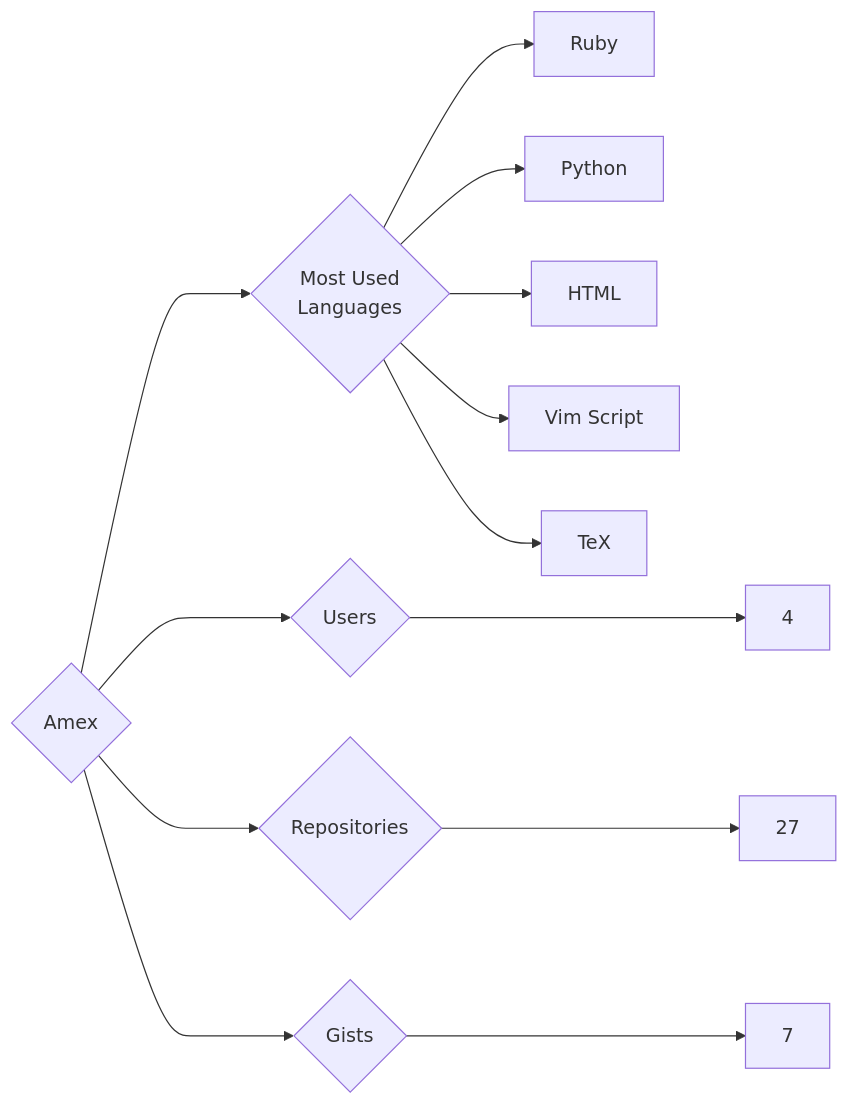
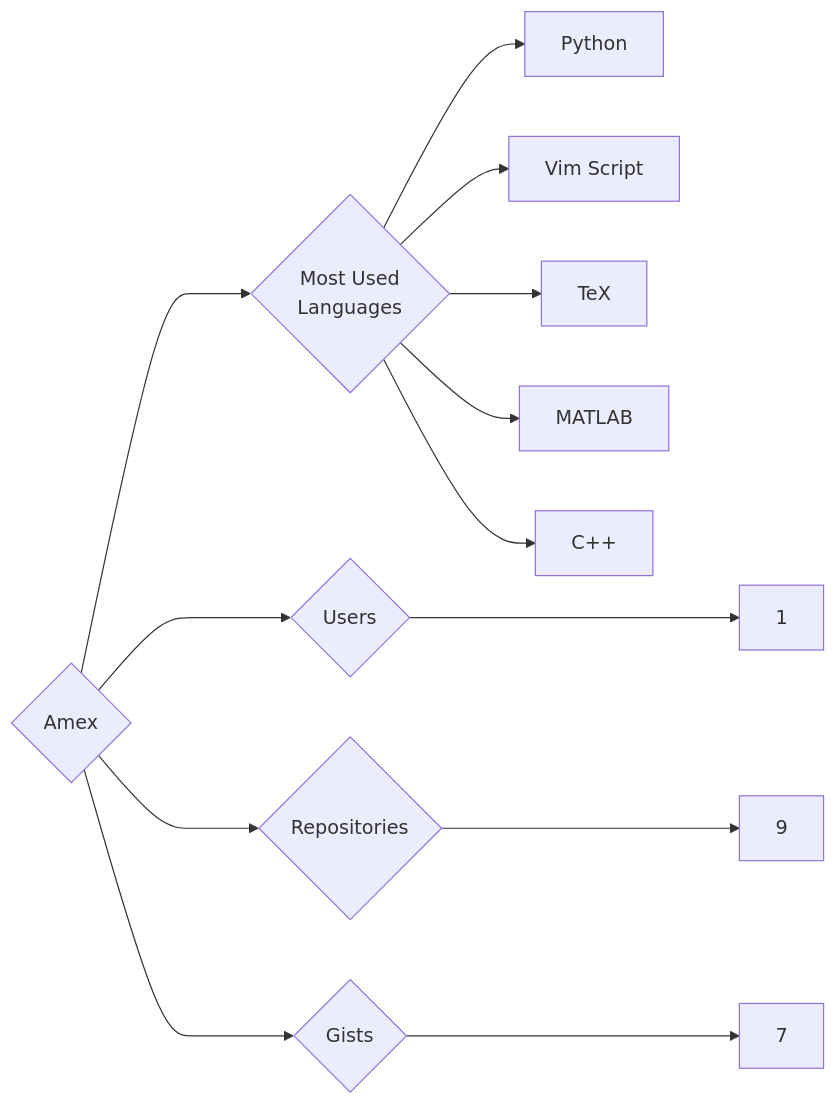
One commit to trickest/insiders changed the diagram in targets/Amex/README.md. Above: the diagram before and after it, drawn with Mermaid. The commit also changed 715 other files, not shown here.

````diff
--- a/targets/Amex/README.md
+++ b/targets/Amex/README.md
@@ -3,13 +3,13 @@
 ```mermaid
 graph LR
 COMPANY_NAME{Amex}
-COMPANY_NAME ---> U{Users} ---> UN[4]
-COMPANY_NAME ---> R{Repositories} ---> RN[27]
+COMPANY_NAME ---> U{Users} ---> UN[1]
+COMPANY_NAME ---> R{Repositories} ---> RN[9]
 COMPANY_NAME ---> G{Gists} ---> GN[7]
 COMPANY_NAME ---> ML{Most Used<br>Languages}
-ML --> Ruby[Ruby]
 ML --> Python[Python]
-ML --> HTML[HTML]
 ML --> Vim_Script[Vim Script]
 ML --> TeX[TeX]
+ML --> MATLAB[MATLAB]
+ML --> C++[C++]
 ```
````
